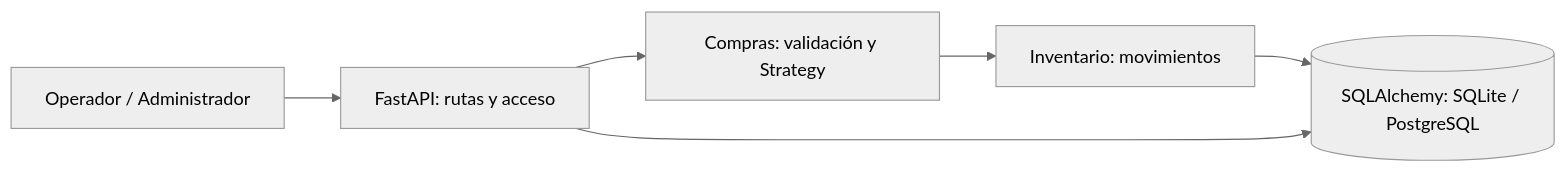
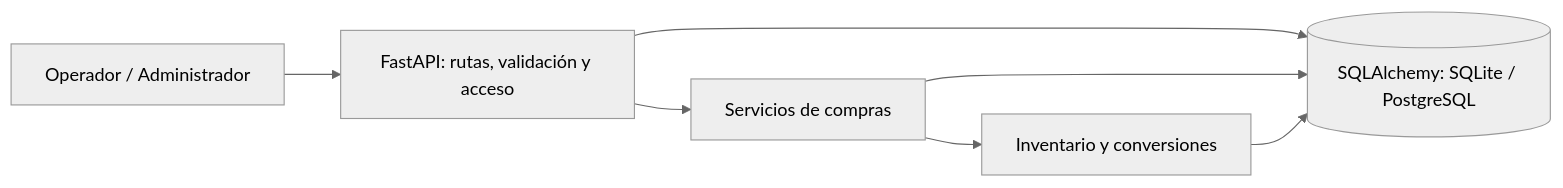
One commit to Jorge10192/TP-Programacion2-UNSAM-2C2026 changed the first of 3 diagrams in Proyecto-3-AppAdmin-Mascotas/Ingenieria de Software/Documentacion.md. Above: the diagram before and after it, drawn with Mermaid (neutral theme). The commit also changed other lines of this file and 7 other files, not shown here.

````diff
--- a/Proyecto-3-AppAdmin-Mascotas/Ingenieria de Software/Documentacion.md
+++ b/Proyecto-3-AppAdmin-Mascotas/Ingenieria de Software/Documentacion.md
@@ -41,8 +27,9 @@
 ```mermaid
 flowchart LR
-    U[Operador / Administrador] --> A[FastAPI: rutas y acceso]
-    A --> C[Compras: validación y Strategy]
-    C --> I[Inventario: movimientos]
-    I --> D[(SQLAlchemy: SQLite / PostgreSQL)]
-    A --> D
+    U[Operador / Administrador] --> A[FastAPI: rutas, validación y acceso]
+    A --> C[Servicios de compras]
+    C --> I[Inventario y conversiones]
+    A --> D[(SQLAlchemy: SQLite / PostgreSQL)]
+    C --> D
+    I --> D
 ```
````
